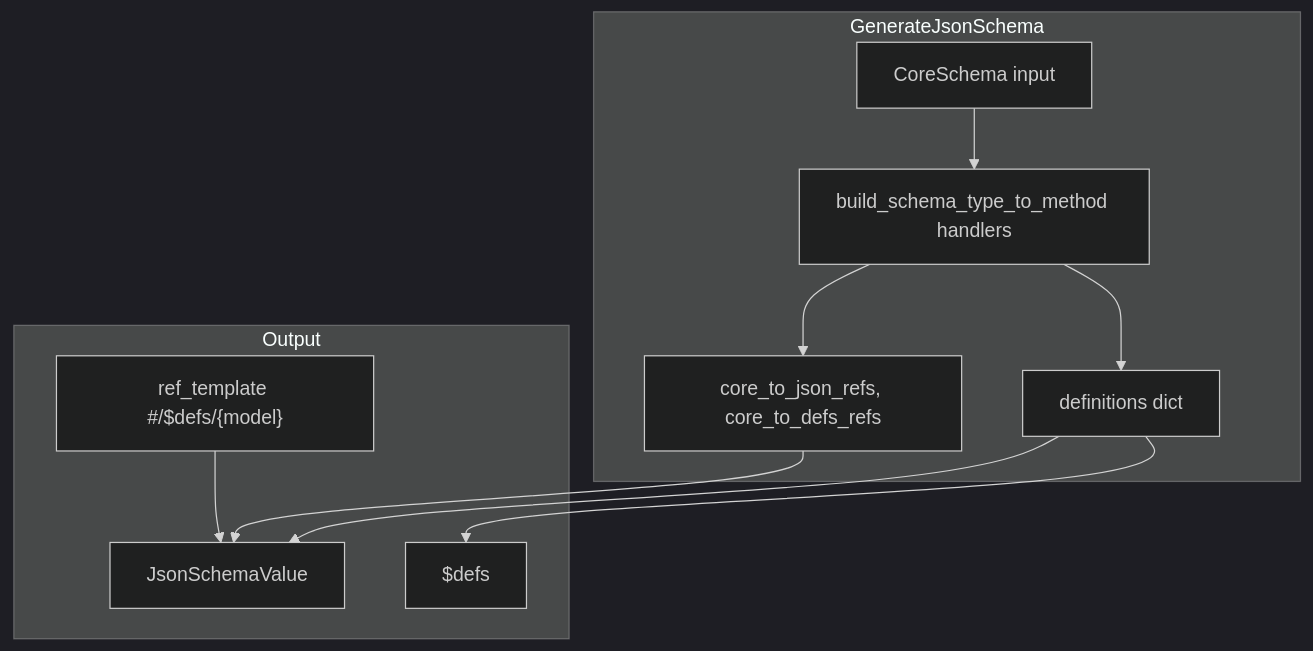
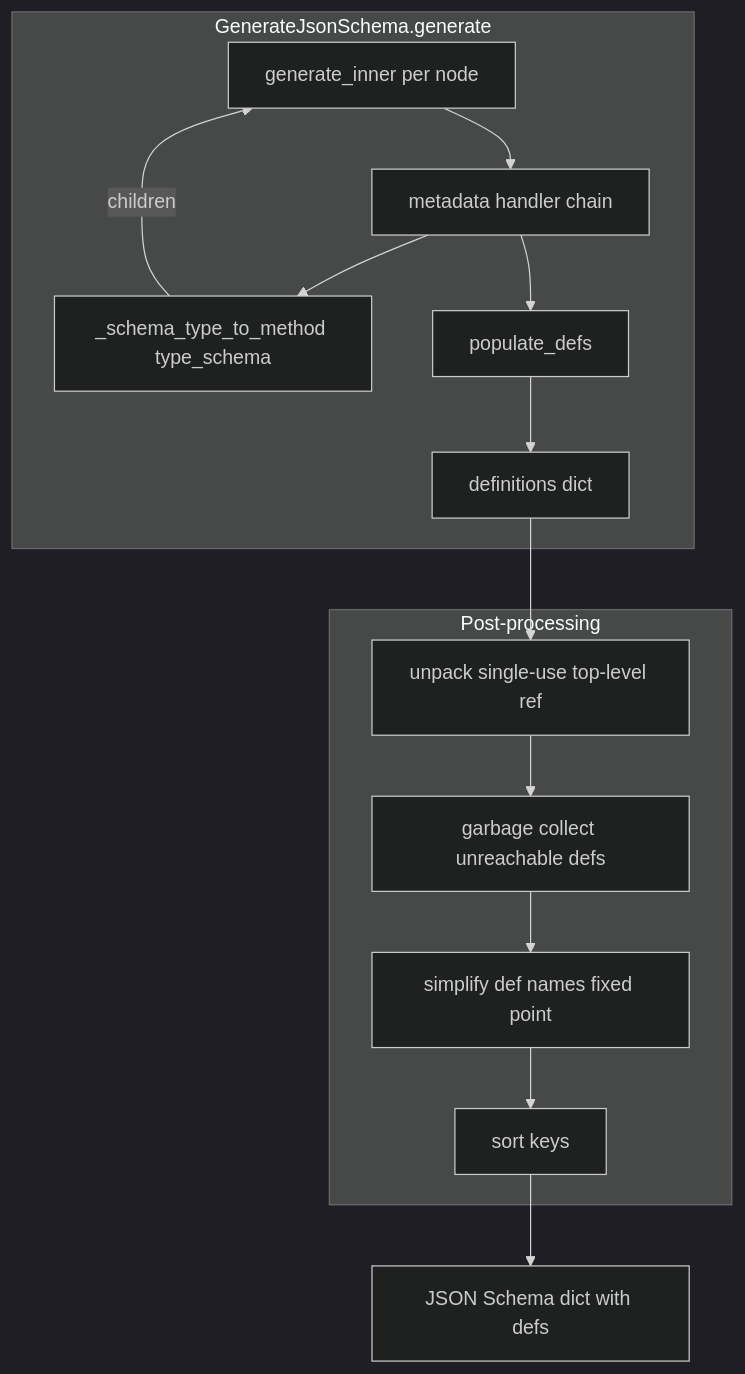
One commit to goddtriffin/json-schema-rs changed the second of 2 diagrams in research/reports/python/pydantic-pydantic.md. Above: the diagram before and after it, drawn with Mermaid (dark theme). The commit also changed other lines of this file and 51 other files, not shown here.

````diff
--- a/research/reports/python/pydantic-pydantic.md
+++ b/research/reports/python/pydantic-pydantic.md
@@ -122,21 +133,24 @@
 ```mermaid
 flowchart TB
-  subgraph gen [GenerateJsonSchema]
-    CoreSchema[CoreSchema input]
-    Handler[build_schema_type_to_method handlers]
+  subgraph gen [GenerateJsonSchema.generate]
+    Inner[generate_inner per node]
+    Chain[metadata handler chain]
+    Dispatch["_schema_type_to_method type_schema"]
+    Populate[populate_defs]
     Defs[definitions dict]
-    Refs[core_to_json_refs, core_to_defs_refs]
-    CoreSchema --> Handler
-    Handler --> Defs
-    Handler --> Refs
+    Inner --> Chain
+    Chain --> Dispatch
+    Dispatch -->|children| Inner
+    Chain --> Populate
+    Populate --> Defs
   end
-  subgraph output [Output]
-    JsonSchema[JsonSchemaValue]
-    DefsOut["$defs"]
-    RefTemplate["ref_template #/$defs/{model}"]
-    Defs --> JsonSchema
-    Refs --> JsonSchema
-    Defs --> DefsOut
-    RefTemplate --> JsonSchema
+  subgraph post [Post-processing]
+    Unpack[unpack single-use top-level ref]
+    GC[garbage collect unreachable defs]
+    Remap[simplify def names fixed point]
+    Sort[sort keys]
+    Unpack --> GC --> Remap --> Sort
   end
+  Defs --> Unpack
+  Sort --> Out[JSON Schema dict with defs]
 ```
````
